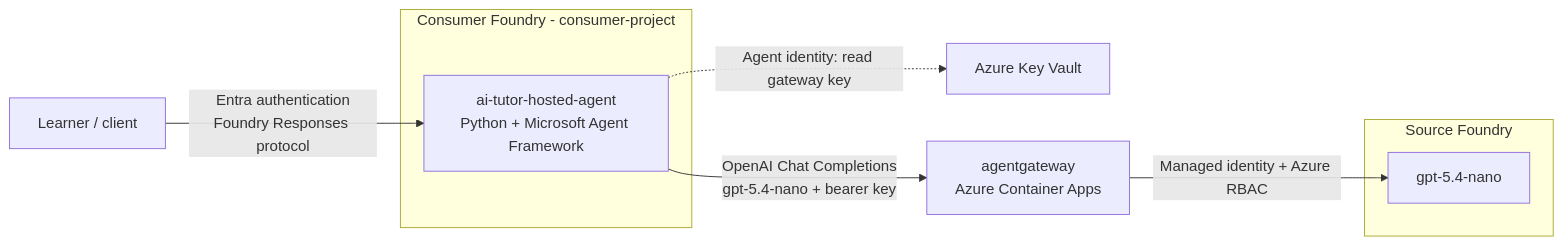
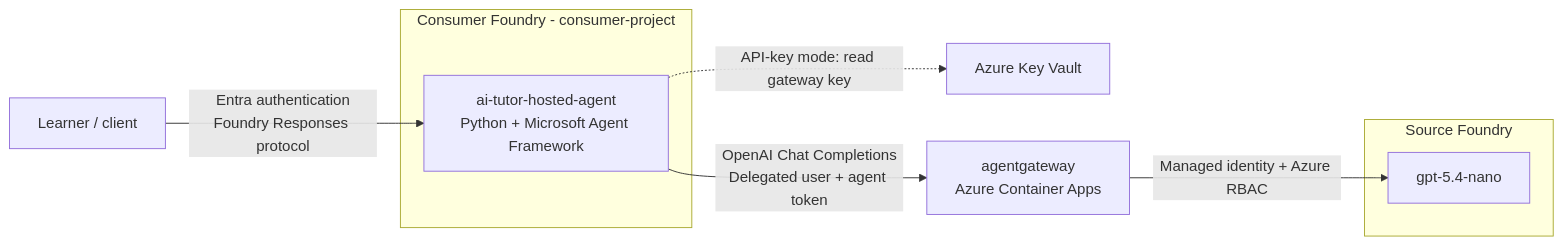
Before and after one commit to ikhemissi/foundry-agent-with-agentgateway-gateway: the second of 2 diagrams in README.md, drawn with Mermaid. The commit also changed other lines of this file and 21 other files, not shown here.

First line of the commit message:
feat: add Entra gateway authentication and Graph Bicep registrations

````diff
--- a/README.md
+++ b/README.md
@@ -54,16 +55,16 @@
 ```mermaid
 flowchart LR
     User["Learner / client"]
     subgraph Consumer["Consumer Foundry - consumer-project"]
         Hosted["ai-tutor-hosted-agent<br/>Python + Microsoft Agent Framework"]
     end
     Vault["Azure Key Vault"]
     Gateway["agentgateway<br/>Azure Container Apps"]
     subgraph Source["Source Foundry"]
         Model["gpt-5.4-nano"]
     end
     User -->|"Entra authentication<br/>Foundry Responses protocol"| Hosted
-    Hosted -.->|"Agent identity: read gateway key"| Vault
-    Hosted -->|"OpenAI Chat Completions<br/>gpt-5.4-nano + bearer key"| Gateway
+    Hosted -.->|"API-key mode: read gateway key"| Vault
+    Hosted -->|"OpenAI Chat Completions<br/>Delegated user + agent token"| Gateway
     Gateway -->|"Managed identity + Azure RBAC"| Model
 ```
````
